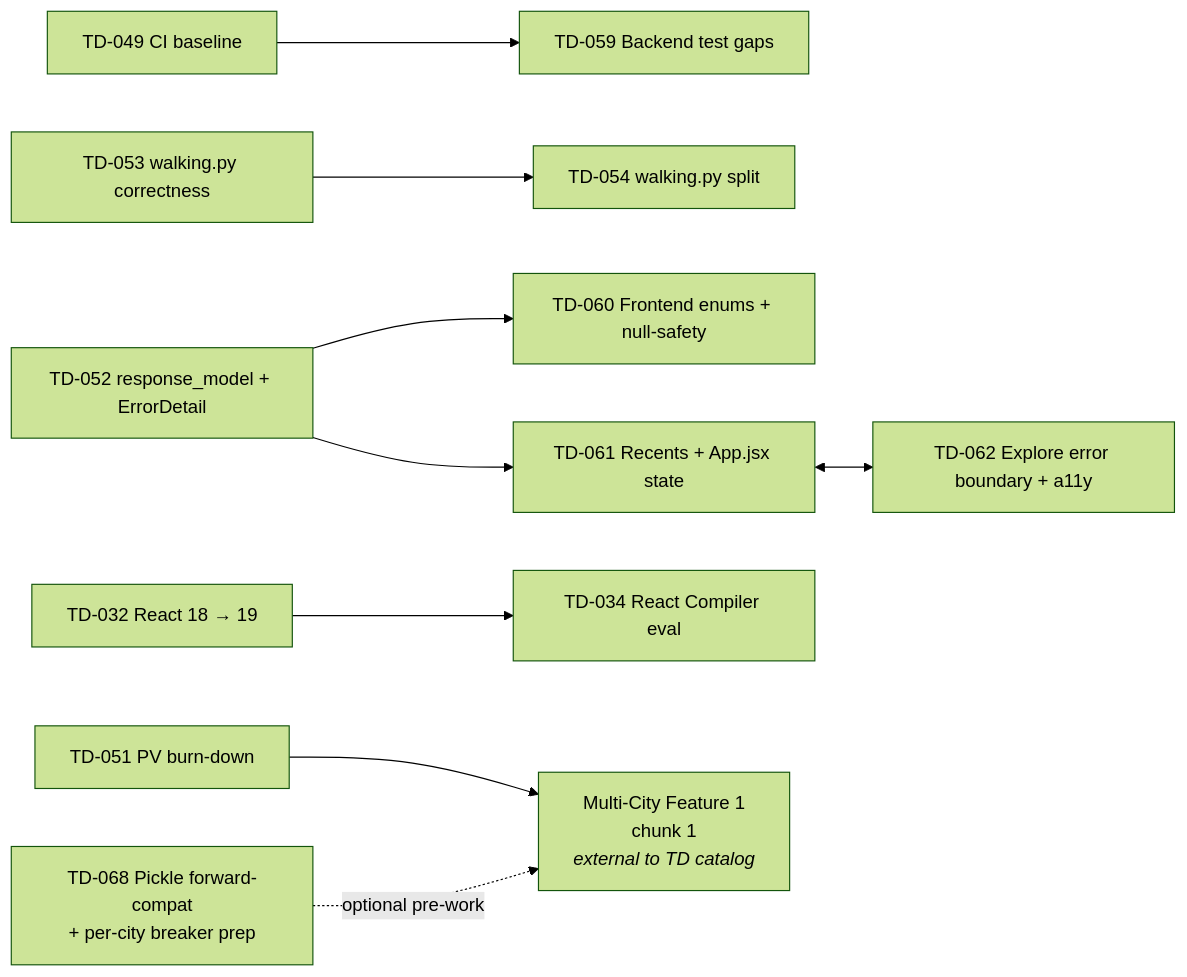
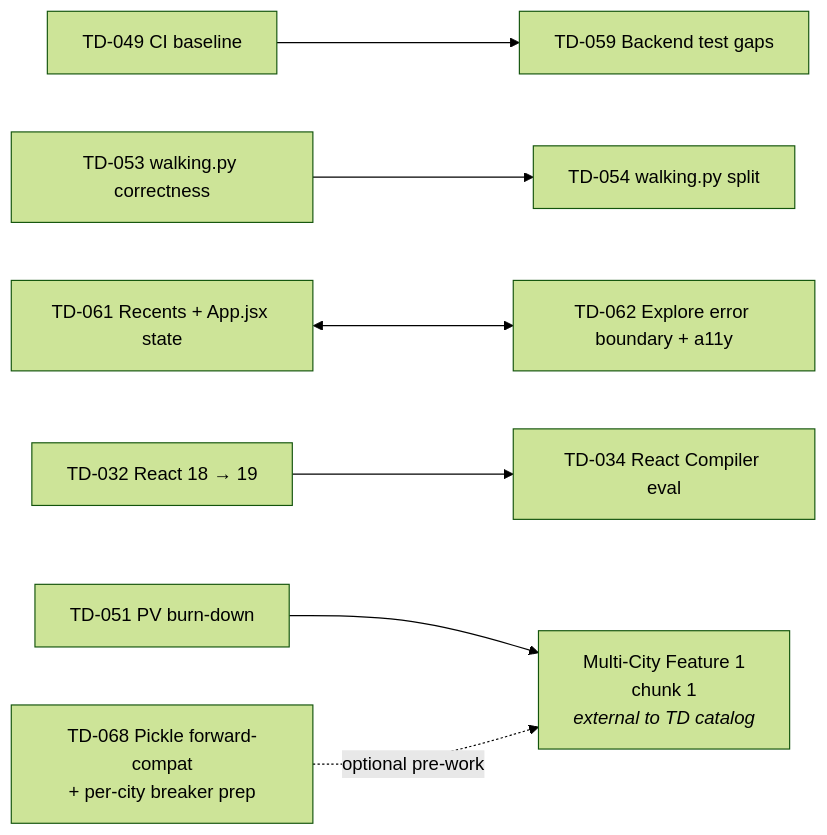
Before and after one commit to AdamBHonaker/Walk-Path-Calculator: the diagram in docs/Technical_Debt_Roadmap.md, drawn with Mermaid (forest theme). The commit also changed other lines of this file and 7 other files, not shown here.

First line of the commit message:
feat(backend): Pydantic response models + ErrorDetail standardization (TD-052)

````diff
--- a/docs/Technical_Debt_Roadmap.md
+++ b/docs/Technical_Debt_Roadmap.md
@@ -20,11 +20,9 @@
 ```mermaid
 graph LR
   TD049[TD-049 CI baseline] --> TD059[TD-059 Backend test gaps]
   TD053[TD-053 walking.py correctness] --> TD054[TD-054 walking.py split]
-  TD052[TD-052 response_model + ErrorDetail] --> TD060[TD-060 Frontend enums + null-safety]
-  TD052 --> TD061[TD-061 Recents + App.jsx state]
-  TD061 <--> TD062[TD-062 Explore error boundary + a11y]
+  TD061[TD-061 Recents + App.jsx state] <--> TD062[TD-062 Explore error boundary + a11y]
   TD032[TD-032 React 18 → 19] --> TD034[TD-034 React Compiler eval]
   TD051[TD-051 PV burn-down] --> FEAT1[Multi-City Feature 1<br/>chunk 1<br/><i>external to TD catalog</i>]
   TD068[TD-068 Pickle forward-compat<br/>+ per-city breaker prep] -.optional pre-work.-> FEAT1
 ```
````
